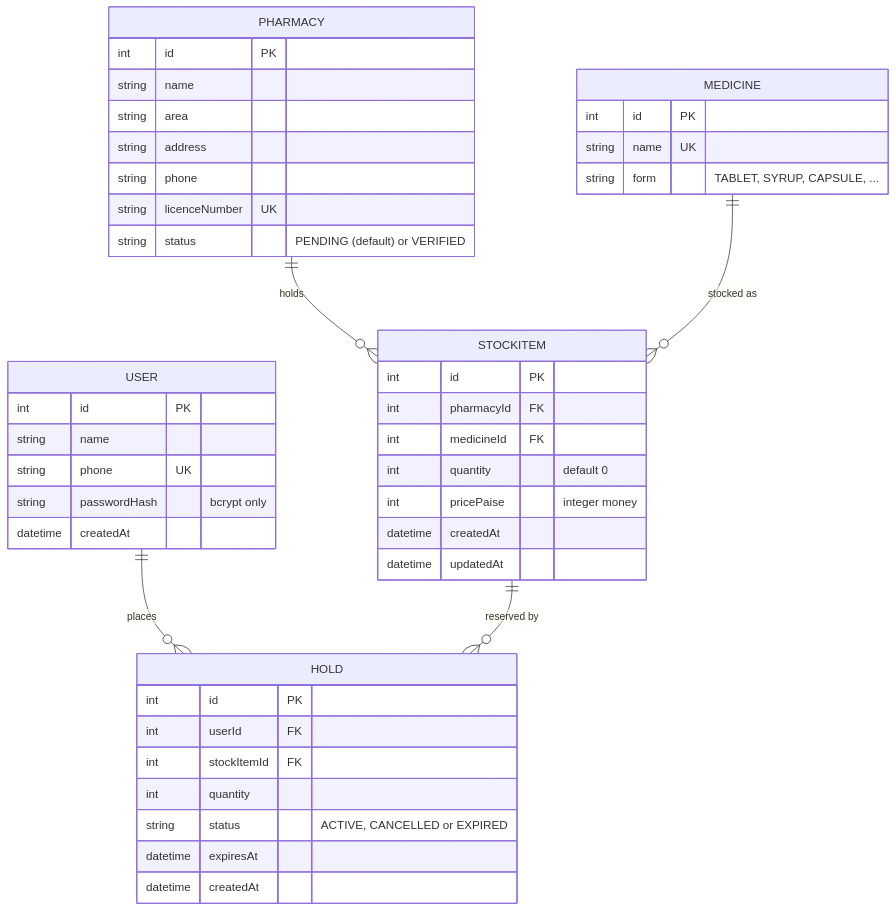
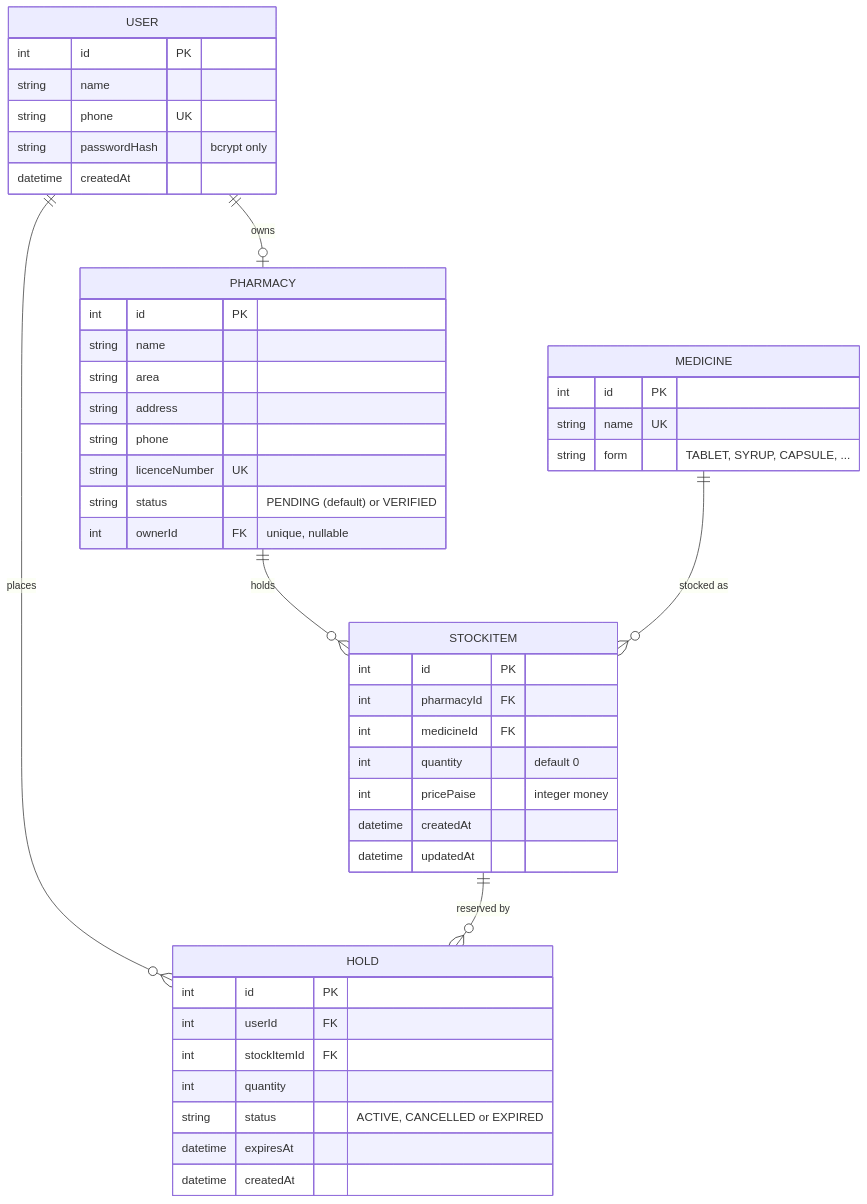
Before and after one commit to vishalkbladerunner-create/velora_AP_2026: the third of 3 diagrams in README.md, drawn with Mermaid. The commit also changed other lines of this file and 16 other files, not shown here.

First line of the commit message:
feat(pharmacy): register one pharmacy per account and restrict stock to its owner

````diff
--- a/README.md
+++ b/README.md
@@ -118,47 +119,49 @@
 ```mermaid
 erDiagram
     PHARMACY ||--o{ STOCKITEM : holds
     MEDICINE ||--o{ STOCKITEM : "stocked as"
     USER ||--o{ HOLD : places
     STOCKITEM ||--o{ HOLD : "reserved by"
+    USER ||--o| PHARMACY : owns
 
     MEDICINE {
         int id PK
         string name UK
         string form "TABLET, SYRUP, CAPSULE, ..."
     }
     PHARMACY {
         int id PK
         string name
         string area
         string address
         string phone
         string licenceNumber UK
         string status "PENDING (default) or VERIFIED"
+        int ownerId FK "unique, nullable"
     }
     STOCKITEM {
         int id PK
         int pharmacyId FK
         int medicineId FK
         int quantity "default 0"
         int pricePaise "integer money"
         datetime createdAt
         datetime updatedAt
     }
     USER {
         int id PK
         string name
         string phone UK
         string passwordHash "bcrypt only"
         datetime createdAt
     }
     HOLD {
         int id PK
         int userId FK
         int stockItemId FK
         int quantity
         string status "ACTIVE, CANCELLED or EXPIRED"
         datetime expiresAt
         datetime createdAt
     }
 ```
````
